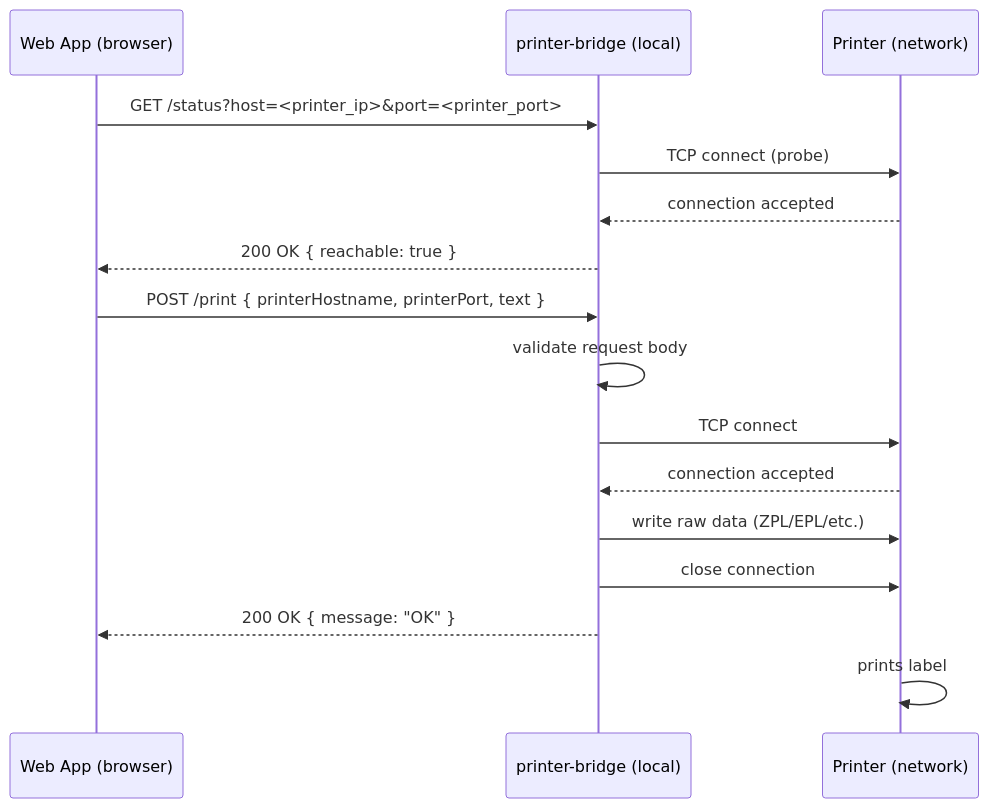
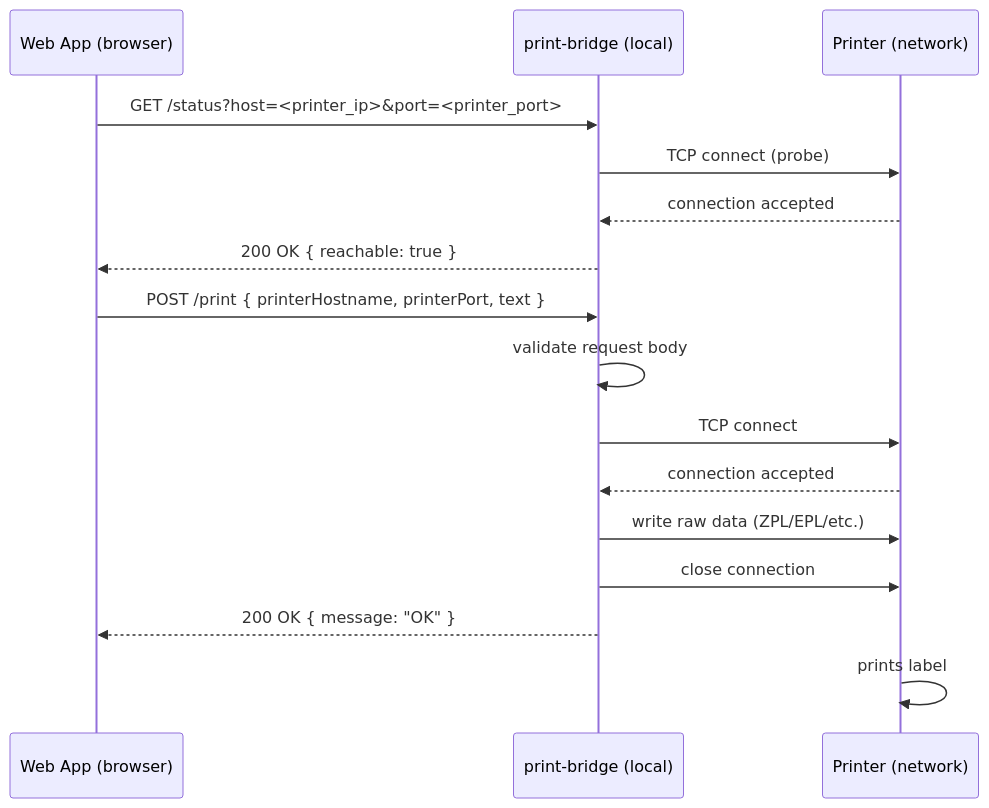
One commit to JamesBolanos/print-bridge changed the first of 2 diagrams in DOCS/02-process/bpmn-print-job-flow.md. Above: the diagram before and after it, drawn with Mermaid. The commit also changed other lines of this file and 34 other files, not shown here.

Commit message:
Fix macOS ad-hoc signing and rename consistent to print-bridge

````diff
--- a/DOCS/02-process/bpmn-print-job-flow.md
+++ b/DOCS/02-process/bpmn-print-job-flow.md
@@ -13,20 +13,20 @@
 ```mermaid
 sequenceDiagram
     participant W as Web App (browser)
-    participant B as printer-bridge (local)
+    participant B as print-bridge (local)
     participant P as Printer (network)
 
     W->>B: GET /status?host=<printer_ip>&port=<printer_port>
     B->>P: TCP connect (probe)
     P-->>B: connection accepted
     B-->>W: 200 OK { reachable: true }
 
     W->>B: POST /print { printerHostname, printerPort, text }
     B->>B: validate request body
     B->>P: TCP connect
     P-->>B: connection accepted
     B->>P: write raw data (ZPL/EPL/etc.)
     B->>P: close connection
     B-->>W: 200 OK { message: "OK" }
     P->>P: prints label
 ```
````
